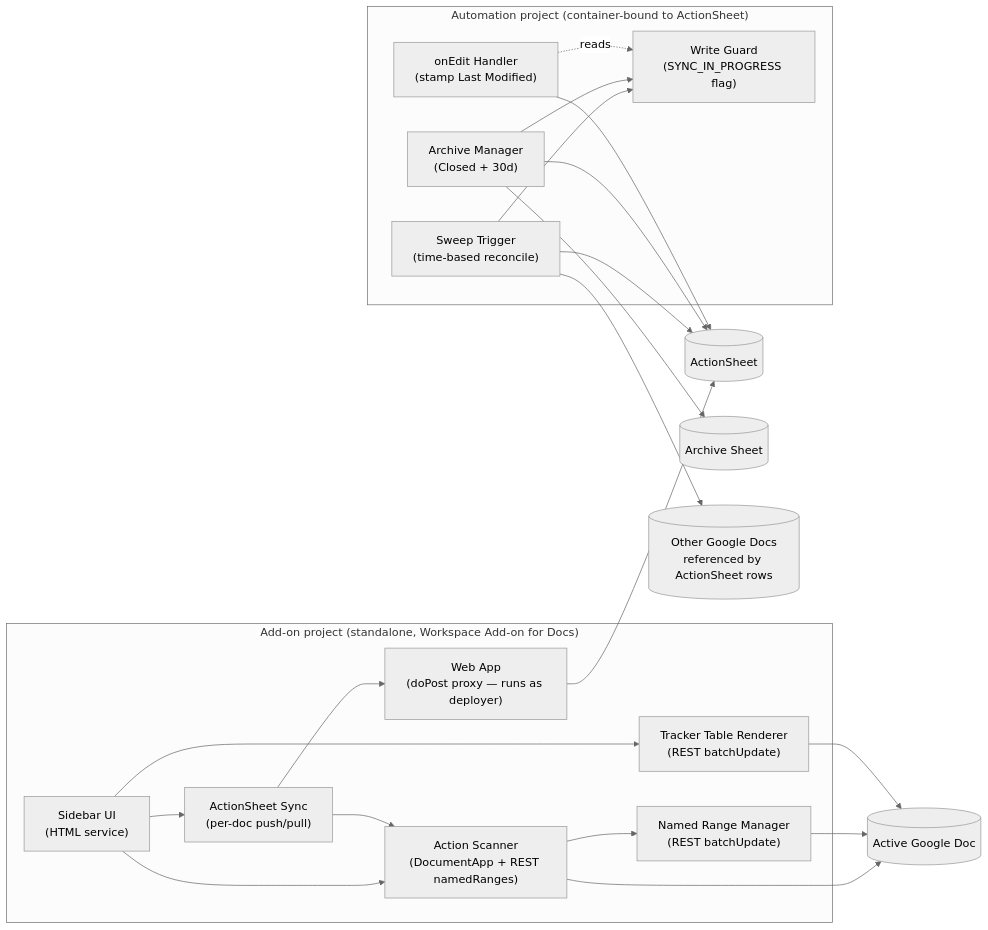
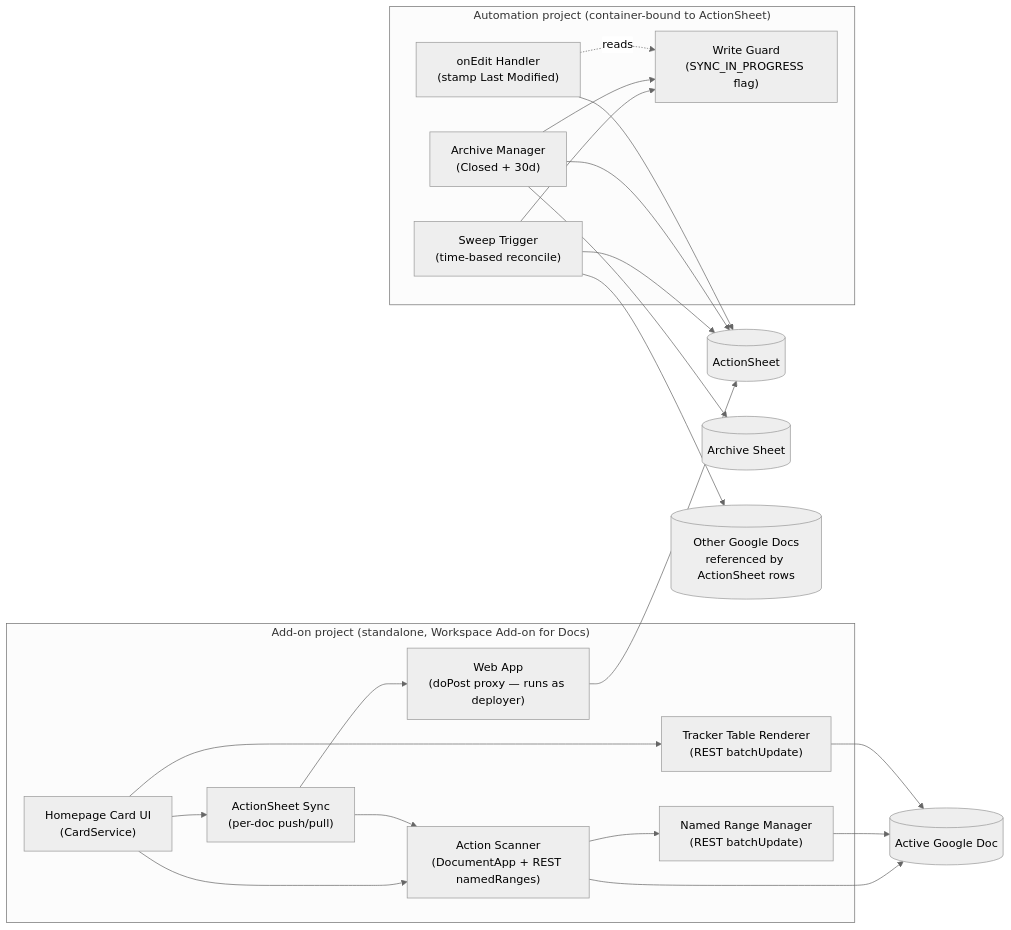
One commit to stuartdonaldson/GActionSheet changed the first of 2 diagrams in docs/DESIGN.md. Above: the diagram before and after it, drawn with Mermaid (neutral theme). The commit also changed other lines of this file and 9 other files, not shown here.

Commit message:
Implement card homepage controls and logo updates

````diff
--- a/docs/DESIGN.md
+++ b/docs/DESIGN.md
@@ -109,44 +109,44 @@
 ```mermaid
 graph LR
     subgraph AddOn["Add-on project (standalone, Workspace Add-on for Docs)"]
-        Sidebar["Sidebar UI<br/>(HTML service)"]
+        Sidebar["Homepage Card UI<br/>(CardService)"]
         Scanner["Action Scanner<br/>(DocumentApp + REST namedRanges)"]
         NRM["Named Range Manager<br/>(REST batchUpdate)"]
         Tracker["Tracker Table Renderer<br/>(REST batchUpdate)"]
         DocSync["ActionSheet Sync<br/>(per-doc push/pull)"]
         WebApp["Web App<br/>(doPost proxy — runs as deployer)"]
 
         Sidebar --> Scanner
         Sidebar --> Tracker
         Sidebar --> DocSync
         Scanner --> NRM
         DocSync --> Scanner
         DocSync --> WebApp
     end
 
     subgraph Automation["Automation project (container-bound to ActionSheet)"]
         OnEdit["onEdit Handler<br/>(stamp Last Modified)"]
         Sweep["Sweep Trigger<br/>(time-based reconcile)"]
         Archive["Archive Manager<br/>(Closed + 30d)"]
         Guard["Write Guard<br/>(SYNC_IN_PROGRESS flag)"]
 
         Sweep --> Guard
         Archive --> Guard
         OnEdit -. reads .-> Guard
     end
 
     Doc[(Active Google Doc)]
     ActionSheet[(ActionSheet)]
     ArchiveSheet[(Archive Sheet)]
     OtherDocs[(Other Google Docs<br/>referenced by ActionSheet rows)]
 
     Scanner --> Doc
     NRM --> Doc
     Tracker --> Doc
     WebApp --> ActionSheet
     Sweep --> ActionSheet
     Sweep --> OtherDocs
     Archive --> ActionSheet
     Archive --> ArchiveSheet
     OnEdit --> ActionSheet
 ```
````
